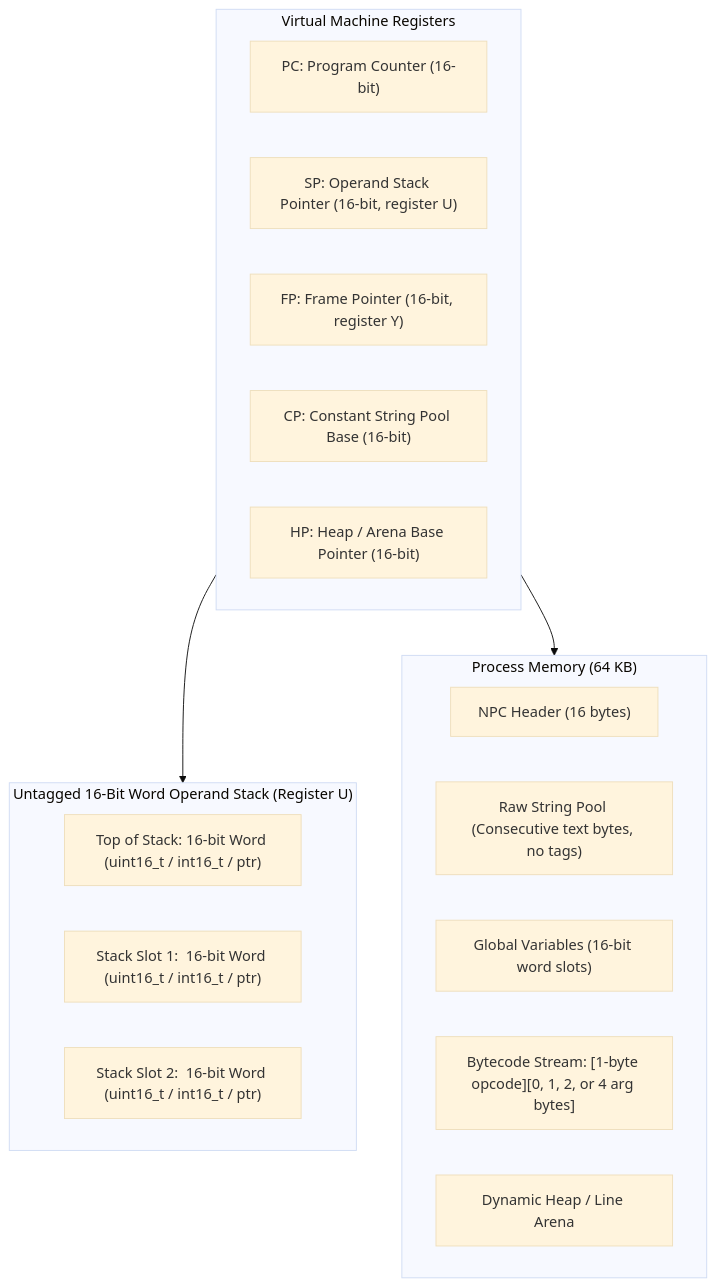
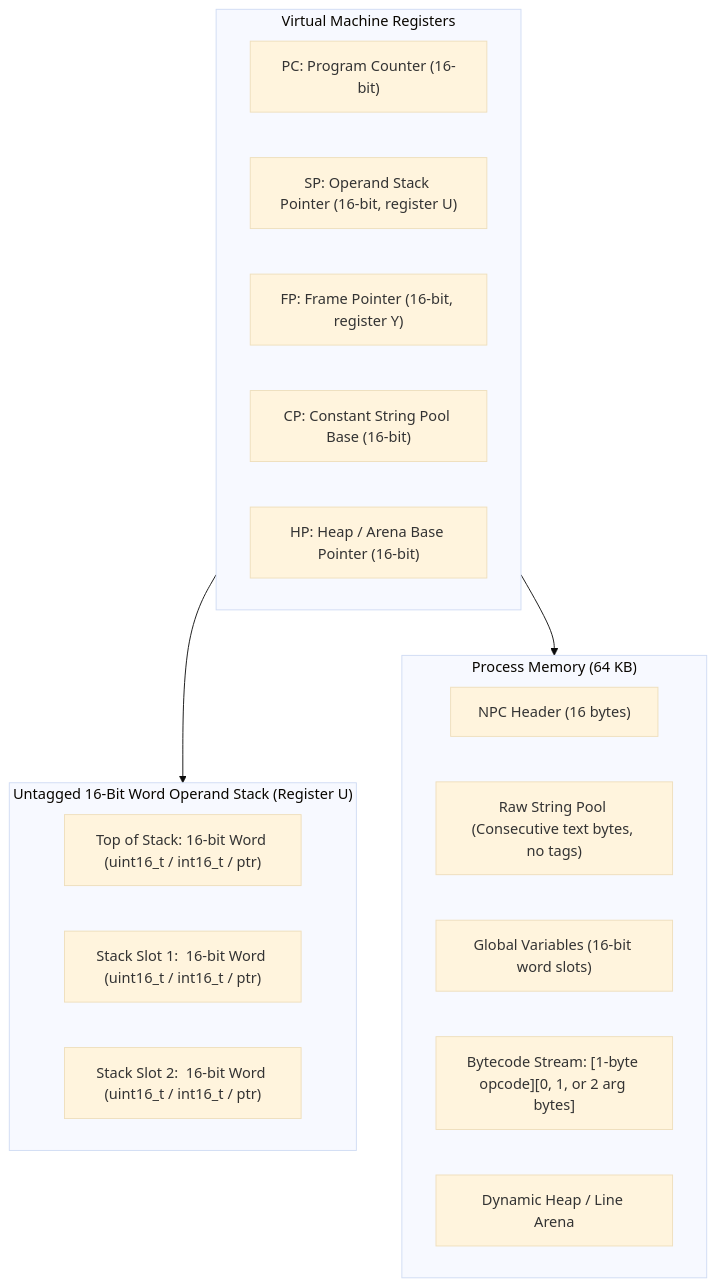
Before and after one commit to strickyak/nitros9: the diagram in npcode/design.md, drawn with Mermaid (base theme). The commit also changed other lines of this file, not shown here.

Commit message:
npcode: eliminate 32-bit types and enforce 0, 1, or 2 argument bytes

````diff
--- a/npcode/design.md
+++ b/npcode/design.md
@@ -101,27 +101,27 @@
 ```mermaid
 flowchart TD
     subgraph VMRegisters ["Virtual Machine Registers"]
         PC["PC: Program Counter (16-bit)"]
         SP["SP: Operand Stack Pointer (16-bit, register U)"]
         FP["FP: Frame Pointer (16-bit, register Y)"]
         CP["CP: Constant String Pool Base (16-bit)"]
         HP["HP: Heap / Arena Base Pointer (16-bit)"]
     end
 
     subgraph StackLayout ["Untagged 16-Bit Word Operand Stack (Register U)"]
         S0["Top of Stack: 16-bit Word (uint16_t / int16_t / ptr)"]
         S1["Stack Slot 1:  16-bit Word (uint16_t / int16_t / ptr)"]
         S2["Stack Slot 2:  16-bit Word (uint16_t / int16_t / ptr)"]
     end
 
     subgraph MemoryModel ["Process Memory (64 KB)"]
         Hdr["NPC Header (16 bytes)"]
         SPool["Raw String Pool (Consecutive text bytes, no tags)"]
         Globals["Global Variables (16-bit word slots)"]
-        Code["Bytecode Stream: [1-byte opcode][0, 1, 2, or 4 arg bytes]"]
+        Code["Bytecode Stream: [1-byte opcode][0, 1, or 2 arg bytes]"]
         Heap["Dynamic Heap / Line Arena"]
     end
 
     VMRegisters --> StackLayout
     VMRegisters --> MemoryModel
 ```
````
